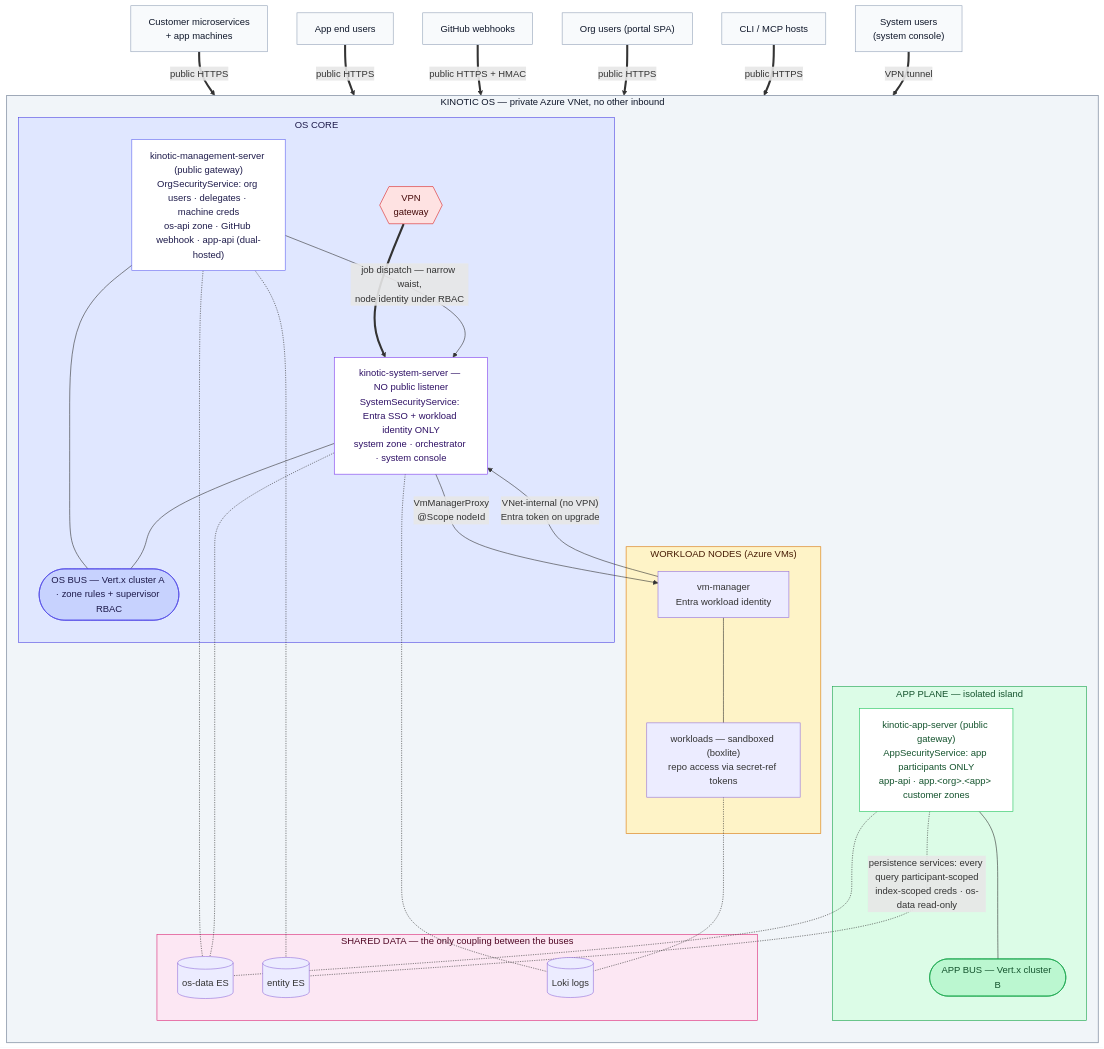
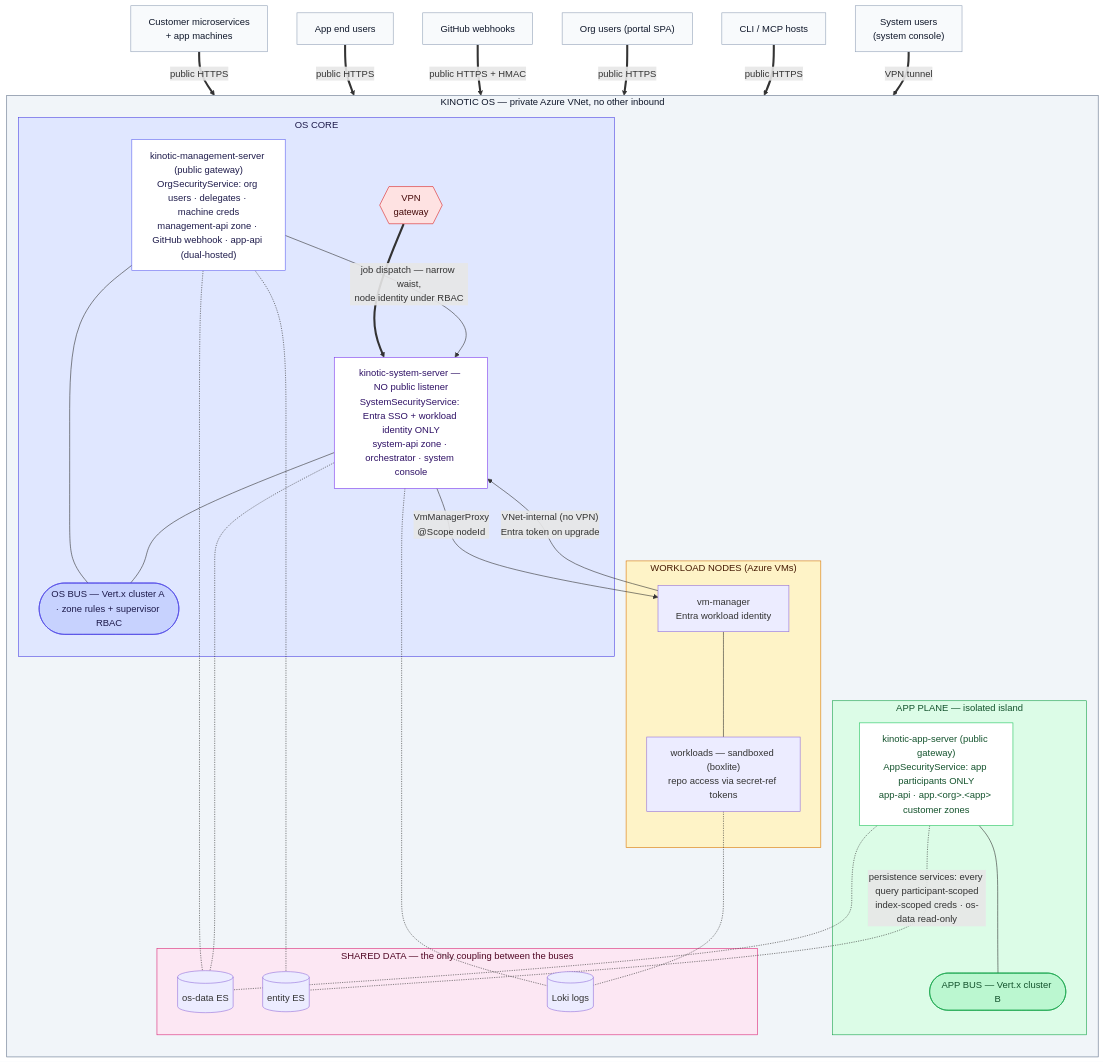
Before and after one commit to kinotic-ai/kinotic: the diagram in docs/ServerPlaneArchitecture.md, drawn with Mermaid. The commit also changed other lines of this file and 859 other files, not shown here.

First line of the commit message:
Split the JS client into management-api and system-api, rename the zones (#456)

````diff
--- a/docs/ServerPlaneArchitecture.md
+++ b/docs/ServerPlaneArchitecture.md
@@ -192,75 +192,75 @@
 ```mermaid
 flowchart TB
   %% ═════════════ INTERNET — untrusted ═════════════
   custS["Customer microservices<br/>+ app machines"]
   appU["App end users"]
   gh["GitHub webhooks"]
   orgU["Org users (portal SPA)"]
   cliU["CLI / MCP hosts"]
   sysU["System users<br/>(system console)"]
 
   %% public ingress — never touches the VPN
   custS & appU ==>|"public HTTPS"| appgw
   gh ==>|"public HTTPS + HMAC"| osgw
   orgU & cliU ==>|"public HTTPS"| osgw
   %% the ONLY internet path to the system plane
   sysU ==>|"VPN tunnel"| vpn
 
   subgraph vnet["KINOTIC OS — private Azure VNet, no other inbound"]
     direction TB
 
     subgraph appisland["APP PLANE — isolated island"]
       appgw["kinotic-app-server (public gateway)<br/>AppSecurityService: app participants ONLY<br/>app-api · app.&lt;org&gt;.&lt;app&gt; customer zones"]
       abus(["APP BUS — Vert.x cluster B"])
       appgw --- abus
     end
 
     subgraph oscore["OS CORE"]
-      osgw["kinotic-management-server (public gateway)<br/>OrgSecurityService: org users · delegates · machine creds<br/>os-api zone · GitHub webhook · app-api (dual-hosted)"]
+      osgw["kinotic-management-server (public gateway)<br/>OrgSecurityService: org users · delegates · machine creds<br/>management-api zone · GitHub webhook · app-api (dual-hosted)"]
       vpn{{"VPN<br/>gateway"}}
-      sysgw["kinotic-system-server — NO public listener<br/>SystemSecurityService: Entra SSO + workload identity ONLY<br/>system zone · orchestrator · system console"]
+      sysgw["kinotic-system-server — NO public listener<br/>SystemSecurityService: Entra SSO + workload identity ONLY<br/>system-api zone · orchestrator · system console"]
       pbus(["OS BUS — Vert.x cluster A · zone rules + supervisor RBAC"])
       vpn ==> sysgw
       osgw --- pbus
       sysgw --- pbus
       osgw -->|"job dispatch — narrow waist,<br/>node identity under RBAC"| sysgw
     end
 
     subgraph wnodes["WORKLOAD NODES (Azure VMs)"]
       vmm["vm-manager<br/>Entra workload identity"]
       box["workloads — sandboxed (boxlite)<br/>repo access via secret-ref tokens"]
       vmm --- box
     end
     vmm -->|"VNet-internal (no VPN)<br/>Entra token on upgrade"| sysgw
     sysgw -->|"VmManagerProxy<br/>@Scope nodeId"| vmm
 
     subgraph stores["SHARED DATA — the only coupling between the buses"]
       oses[("os-data ES")]
       entes[("entity ES")]
       loki[("Loki logs")]
     end
     osgw -.- oses
     osgw -.- entes
     sysgw -.- oses
     sysgw -.- loki
     appgw -.-|"persistence services: every query participant-scoped<br/>index-scoped creds · os-data read-only"| entes
     appgw -.- oses
     box -.- loki
   end
 
 
   %% ── theme-stable styling ──
   classDef client fill:#f8fafc,stroke:#94a3b8,color:#0f172a
   class orgU,cliU,gh,sysU,appU,custS client
   style vnet      fill:#f1f5f9,stroke:#64748b,color:#0f172a
   style oscore    fill:#e0e7ff,stroke:#4f46e5,color:#1e1b4b
   style appisland fill:#dcfce7,stroke:#16a34a,color:#14532d
   style osgw      fill:#ffffff,stroke:#6366f1,color:#1e1b4b
   style sysgw     fill:#ffffff,stroke:#7c3aed,color:#2e1065
   style appgw     fill:#ffffff,stroke:#22c55e,color:#14532d
   style pbus      fill:#c7d2fe,stroke:#4f46e5,color:#1e1b4b
   style abus      fill:#bbf7d0,stroke:#16a34a,color:#14532d
   style wnodes    fill:#fef3c7,stroke:#d97706,color:#451a03
   style stores    fill:#fce7f3,stroke:#db2777,color:#500724
   style vpn       fill:#fee2e2,stroke:#dc2626,color:#450a0a
 ```
````
